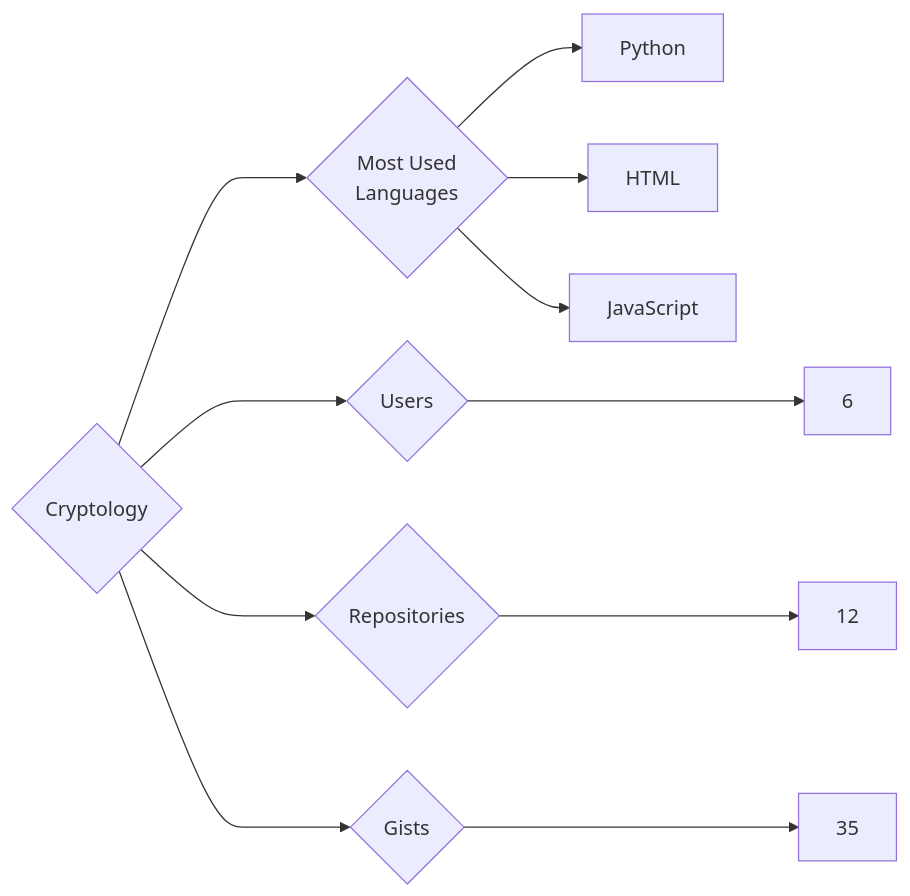
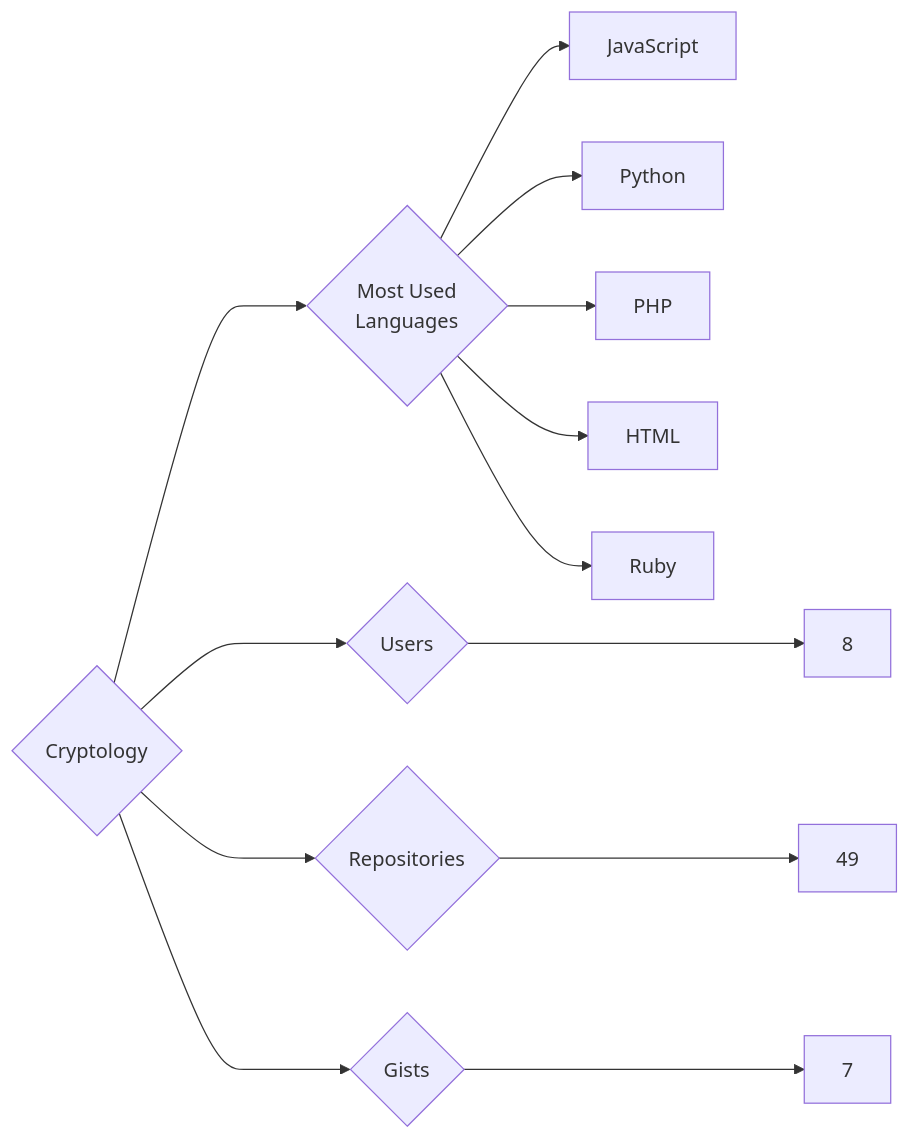
The diagram in targets/Cryptology/README.md (trickest/insiders), drawn with Mermaid before and after one commit. The commit also changed 611 other files, not shown here.

````diff
--- a/targets/Cryptology/README.md
+++ b/targets/Cryptology/README.md
@@ -3,11 +3,13 @@
 ```mermaid
 graph LR
 COMPANY_NAME{Cryptology}
-COMPANY_NAME ---> U{Users} ---> UN[6]
-COMPANY_NAME ---> R{Repositories} ---> RN[12]
-COMPANY_NAME ---> G{Gists} ---> GN[35]
+COMPANY_NAME ---> U{Users} ---> UN[8]
+COMPANY_NAME ---> R{Repositories} ---> RN[49]
+COMPANY_NAME ---> G{Gists} ---> GN[7]
 COMPANY_NAME ---> ML{Most Used<br>Languages}
+ML --> JavaScript[JavaScript]
 ML --> Python[Python]
+ML --> PHP[PHP]
 ML --> HTML[HTML]
-ML --> JavaScript[JavaScript]
+ML --> Ruby[Ruby]
 ```
````
